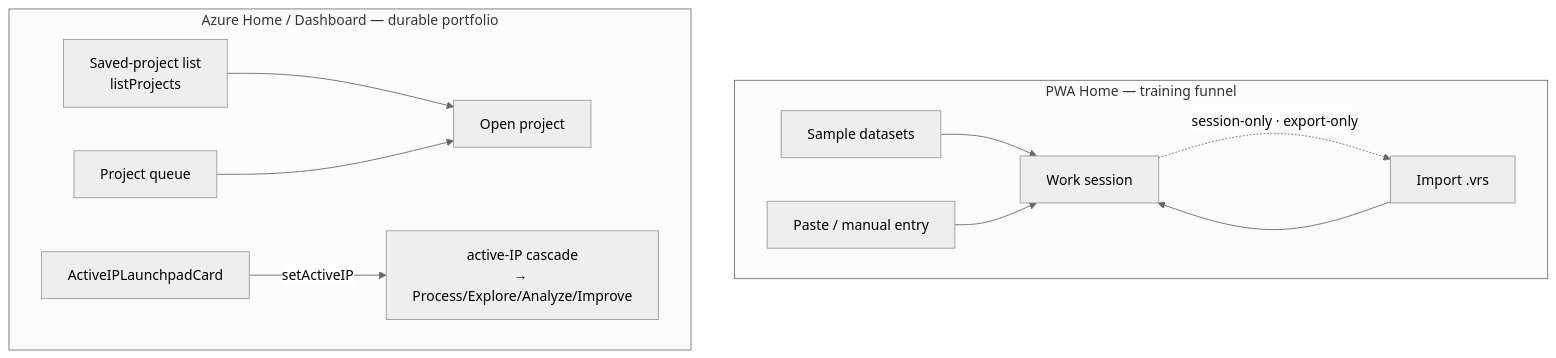
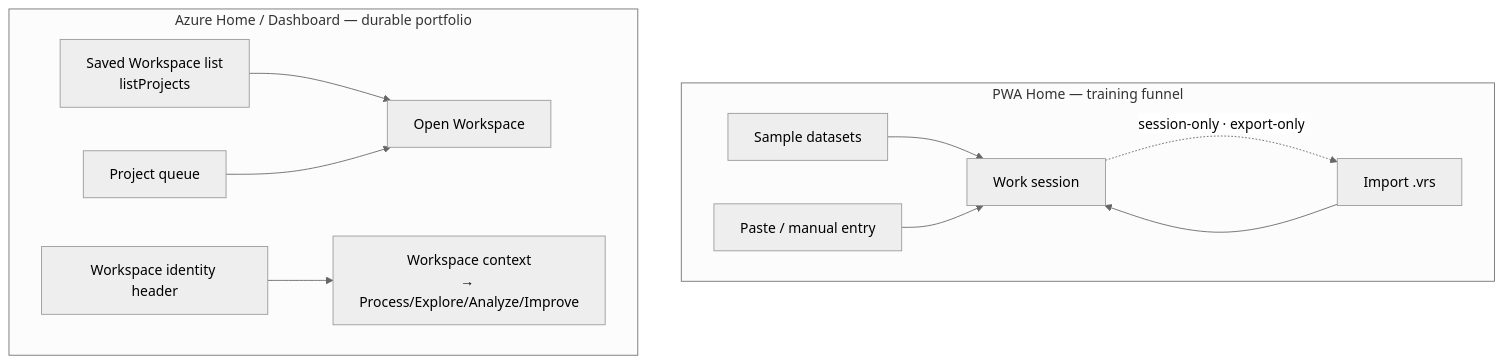
The diagram in docs/03-features/workflows/home.md (jukka-matti/variscout), drawn with Mermaid (neutral theme) before and after one commit. The commit also changed other lines of this file and 26 other files, not shown here.

Commit message:
feat(workspace): formalize always-backed projects

````diff
--- a/docs/03-features/workflows/home.md
+++ b/docs/03-features/workflows/home.md
@@ -27,14 +27,14 @@
 ```mermaid
 flowchart TD
   subgraph PWA["PWA Home — training funnel"]
     S[Sample datasets] --> W[Work session]
     P[Paste / manual entry] --> W
     V[Import .vrs] --> W
     W -.session-only · export-only.-> V
   end
   subgraph AZ["Azure Home / Dashboard — durable portfolio"]
-    L[Saved-project list<br/>listProjects] --> O[Open project]
+    L[Saved Workspace list<br/>listProjects] --> O[Open Workspace]
     Q[Project queue] --> O
-    IPC[ActiveIPLaunchpadCard] -->|setActiveIP| Cascade[active-IP cascade<br/>→ Process/Explore/Analyze/Improve]
+    IPC[Workspace identity header] --> Cascade[Workspace context<br/>→ Process/Explore/Analyze/Improve]
   end
 ```
````
